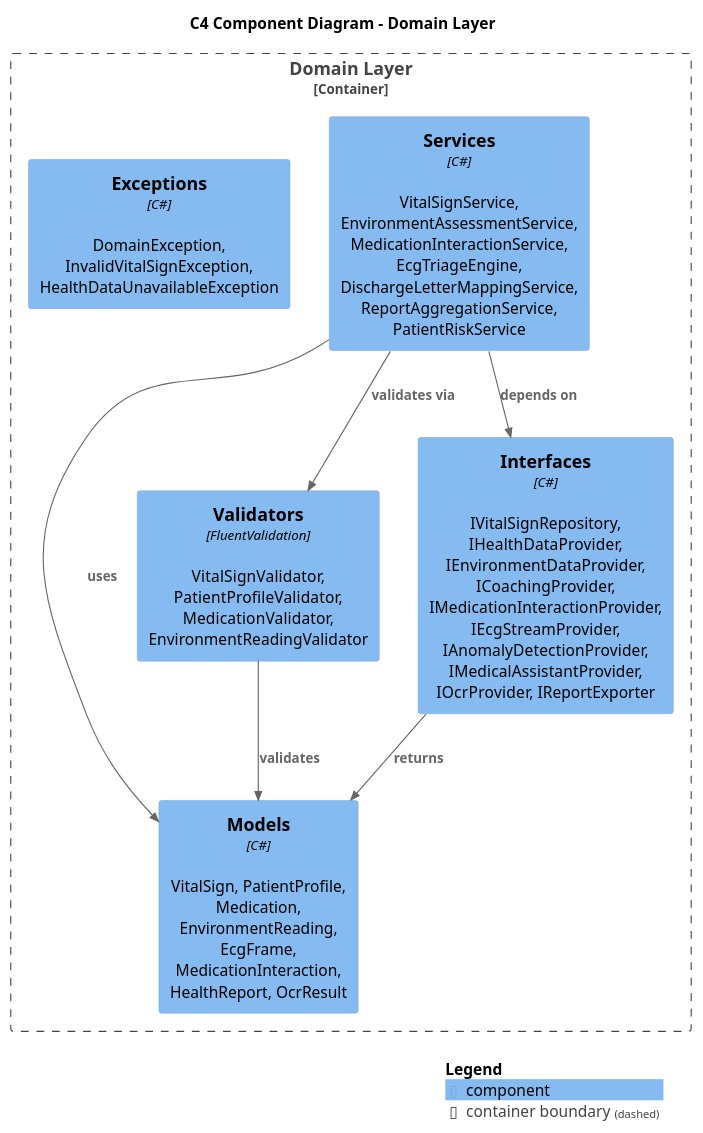
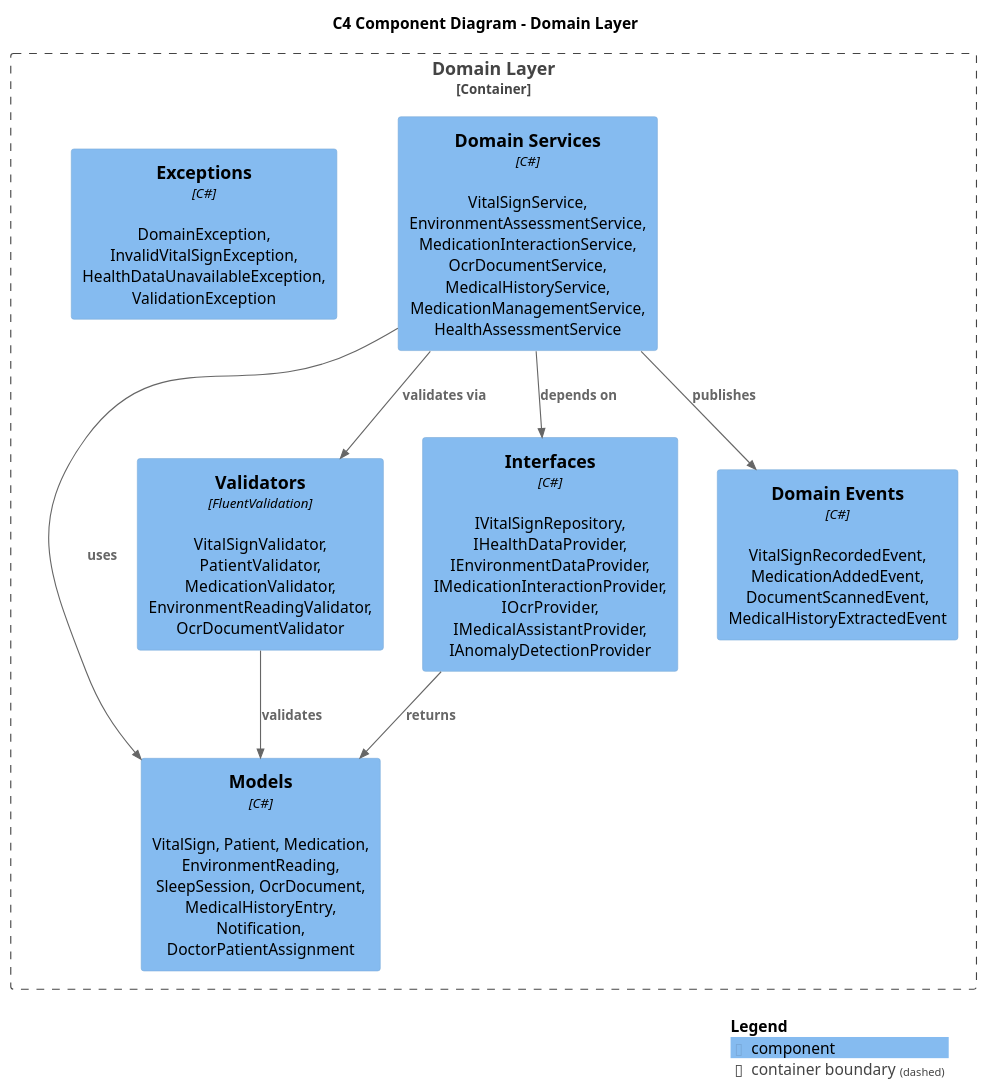
The diagram in diagrams/c4-domain.puml (Theo3883/Digital-Twin), drawn with PlantUML before and after one commit. The commit also changed 3 other files, not shown here.

Commit message:
updated database schemas

```diff
--- a/diagrams/c4-domain.puml
+++ b/diagrams/c4-domain.puml
@@ -1,26 +1,28 @@
 @startuml IOS Health App - C4 Domain Layer
 !include https://raw.githubusercontent.com/plantuml-stdlib/C4-PlantUML/master/C4_Component.puml
 
 title C4 Component Diagram - Domain Layer
 
 Container_Boundary(domain, "Domain Layer") {
-    Component(models, "Models", "C#", "VitalSign, PatientProfile, Medication, EnvironmentReading, EcgFrame, MedicationInteraction, HealthReport, OcrResult")
+    Component(models, "Models", "C#", "VitalSign, Patient, Medication, EnvironmentReading, SleepSession, OcrDocument, MedicalHistoryEntry, Notification, DoctorPatientAssignment")
     
-    Component(services, "Services", "C#", "VitalSignService, EnvironmentAssessmentService, MedicationInteractionService, EcgTriageEngine, DischargeLetterMappingService, ReportAggregationService, PatientRiskService")
+    Component(services, "Domain Services", "C#", "VitalSignService, EnvironmentAssessmentService, MedicationInteractionService, OcrDocumentService, MedicalHistoryService, MedicationManagementService, HealthAssessmentService")
     
-    Component(validators, "Validators", "FluentValidation", "VitalSignValidator, PatientProfileValidator, MedicationValidator, EnvironmentReadingValidator")
+    Component(validators, "Validators", "FluentValidation", "VitalSignValidator, PatientValidator, MedicationValidator, EnvironmentReadingValidator, OcrDocumentValidator")
     
-    Component(interfaces, "Interfaces", "C#", "IVitalSignRepository, IHealthDataProvider, IEnvironmentDataProvider, ICoachingProvider, IMedicationInteractionProvider, IEcgStreamProvider, IAnomalyDetectionProvider, IMedicalAssistantProvider, IOcrProvider, IReportExporter")
+    Component(interfaces, "Interfaces", "C#", "IVitalSignRepository, IHealthDataProvider, IEnvironmentDataProvider, IMedicationInteractionProvider, IOcrProvider, IMedicalAssistantProvider, IAnomalyDetectionProvider")
     
-    Component(exceptions, "Exceptions", "C#", "DomainException, InvalidVitalSignException, HealthDataUnavailableException")
+    Component(exceptions, "Exceptions", "C#", "DomainException, InvalidVitalSignException, HealthDataUnavailableException, ValidationException")
+    
+    Component(events, "Domain Events", "C#", "VitalSignRecordedEvent, MedicationAddedEvent, DocumentScannedEvent, MedicalHistoryExtractedEvent")
 }
 
 Rel(services, models, "uses")
 Rel(services, interfaces, "depends on")
 Rel(validators, models, "validates")
 Rel(services, validators, "validates via")
-
+Rel(services, events, "publishes")
 Rel(interfaces, models, "returns")
 
 SHOW_LEGEND()
 @enduml
```
